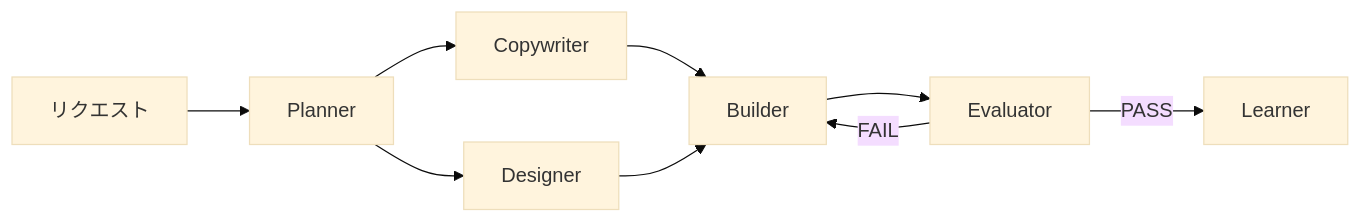
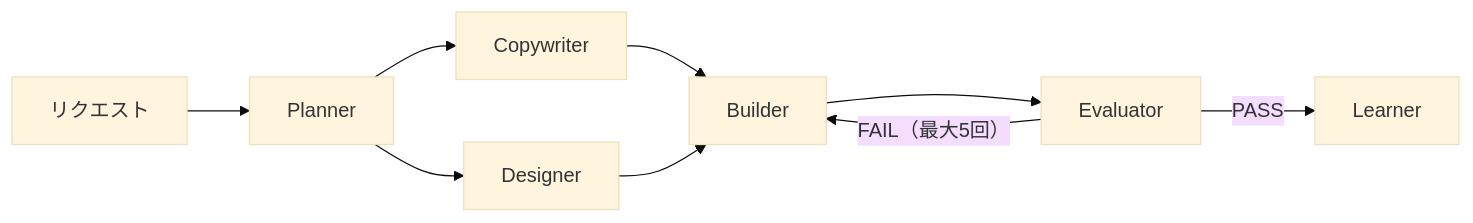
Before and after one commit to modu-ai/moai-adk: the seventh of 7 diagrams in README.ja.md, drawn with Mermaid (base theme). The commit also changed other lines of this file and 3 other files, not shown here.

````diff
--- a/README.ja.md
+++ b/README.ja.md
@@ -881,11 +881,11 @@
 ```mermaid
 flowchart LR
     REQ[リクエスト] --> P[Planner]
     P --> C[Copywriter]
     P --> D[Designer]
     C --> B[Builder]
     D --> B
     B --> E[Evaluator]
-    E -->|FAIL| B
+    E -->|"FAIL（最大5回）"| B
     E -->|PASS| L[Learner]
 ```
````
